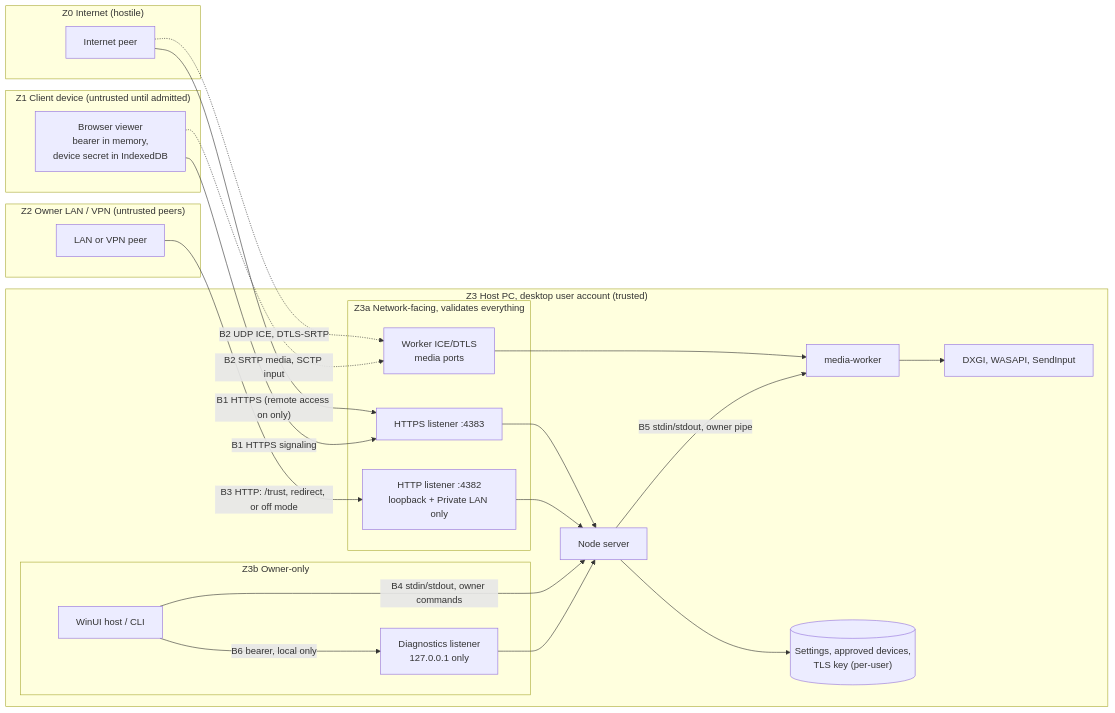
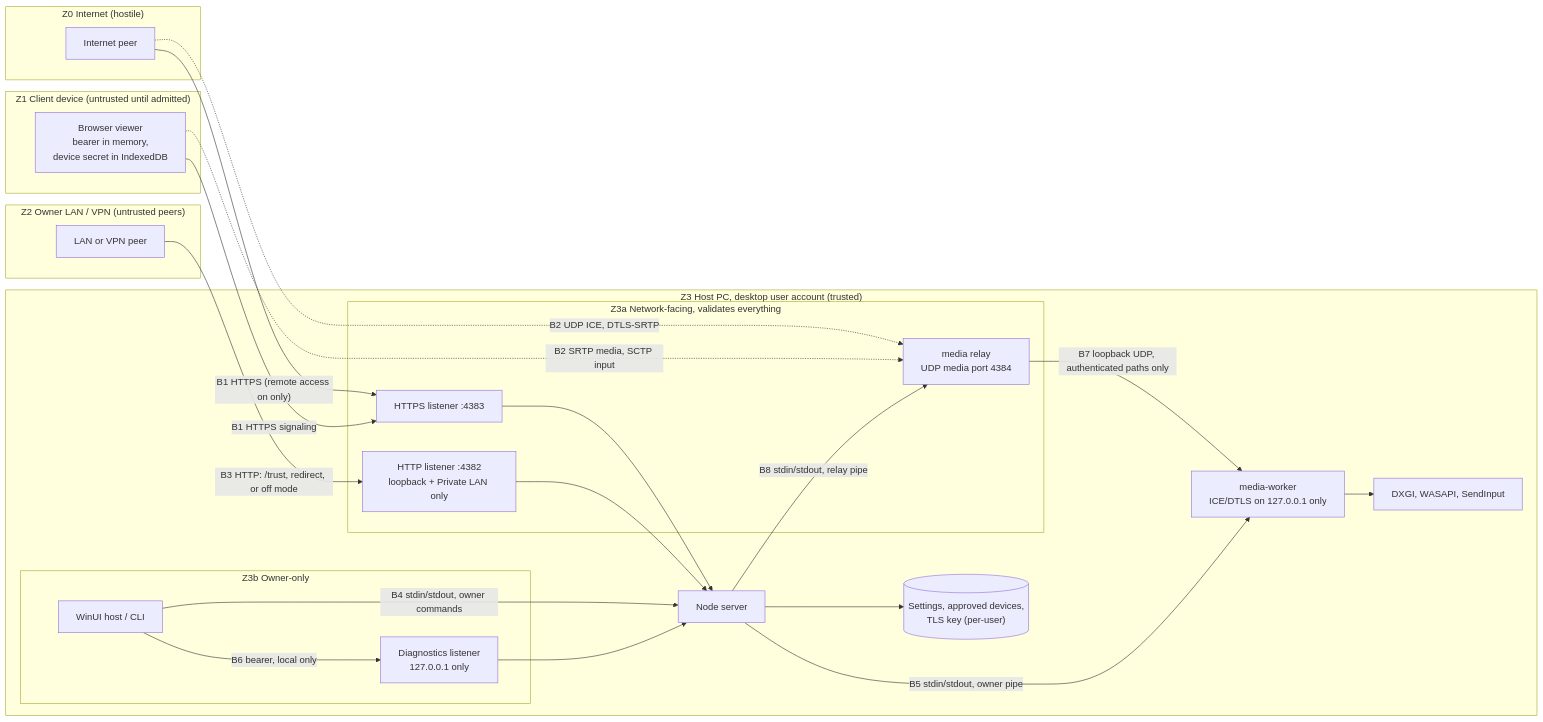
One commit to kiforsbe/vidvnc changed diagram 15 of 18 in docs/ARCHITECTURE.md. Above: the diagram before and after it, drawn with Mermaid. The commit also changed other lines of this file and 7 other files, not shown here.

First line of the commit message:
Docs: document the media relay (R4 phase 1)

````diff
--- a/docs/ARCHITECTURE.md
+++ b/docs/ARCHITECTURE.md
@@ -679,42 +782,43 @@
 ```mermaid
 flowchart LR
     subgraph Z0["Z0 Internet (hostile)"]
         inet["Internet peer"]
     end
     subgraph Z1["Z1 Client device (untrusted until admitted)"]
         browser["Browser viewer<br/>bearer in memory,<br/>device secret in IndexedDB"]
     end
     subgraph Z2["Z2 Owner LAN / VPN (untrusted peers)"]
         lanpeer["LAN or VPN peer"]
     end
     subgraph Z3["Z3 Host PC, desktop user account (trusted)"]
         subgraph Z3a["Z3a Network-facing, validates everything"]
             https["HTTPS listener :4383"]
             http["HTTP listener :4382<br/>loopback + Private LAN only"]
-            ice["Worker ICE/DTLS<br/>media ports"]
+            relay["media relay<br/>UDP media port 4384"]
         end
         subgraph Z3b["Z3b Owner-only"]
             host["WinUI host / CLI"]
             diag["Diagnostics listener<br/>127.0.0.1 only"]
         end
         server["Node server"]
-        worker["media-worker"]
+        worker["media-worker<br/>ICE/DTLS on 127.0.0.1 only"]
         store[("Settings, approved devices,<br/>TLS key (per-user)")]
         os["DXGI, WASAPI, SendInput"]
     end
 
     inet -->|"B1 HTTPS (remote access on only)"| https
-    inet -.->|"B2 UDP ICE, DTLS-SRTP"| ice
+    inet -.->|"B2 UDP ICE, DTLS-SRTP"| relay
     browser -->|"B1 HTTPS signaling"| https
     lanpeer -->|"B3 HTTP: /trust, redirect, or off mode"| http
-    browser -.->|"B2 SRTP media, SCTP input"| ice
+    browser -.->|"B2 SRTP media, SCTP input"| relay
     https --> server
     http --> server
-    ice --> worker
+    relay -->|"B7 loopback UDP, authenticated paths only"| worker
     host -->|"B4 stdin/stdout, owner commands"| server
     server -->|"B5 stdin/stdout, owner pipe"| worker
+    server -->|"B8 stdin/stdout, relay pipe"| relay
     host -->|"B6 bearer, local only"| diag
     diag --> server
     server --> store
     worker --> os
 ```
````
